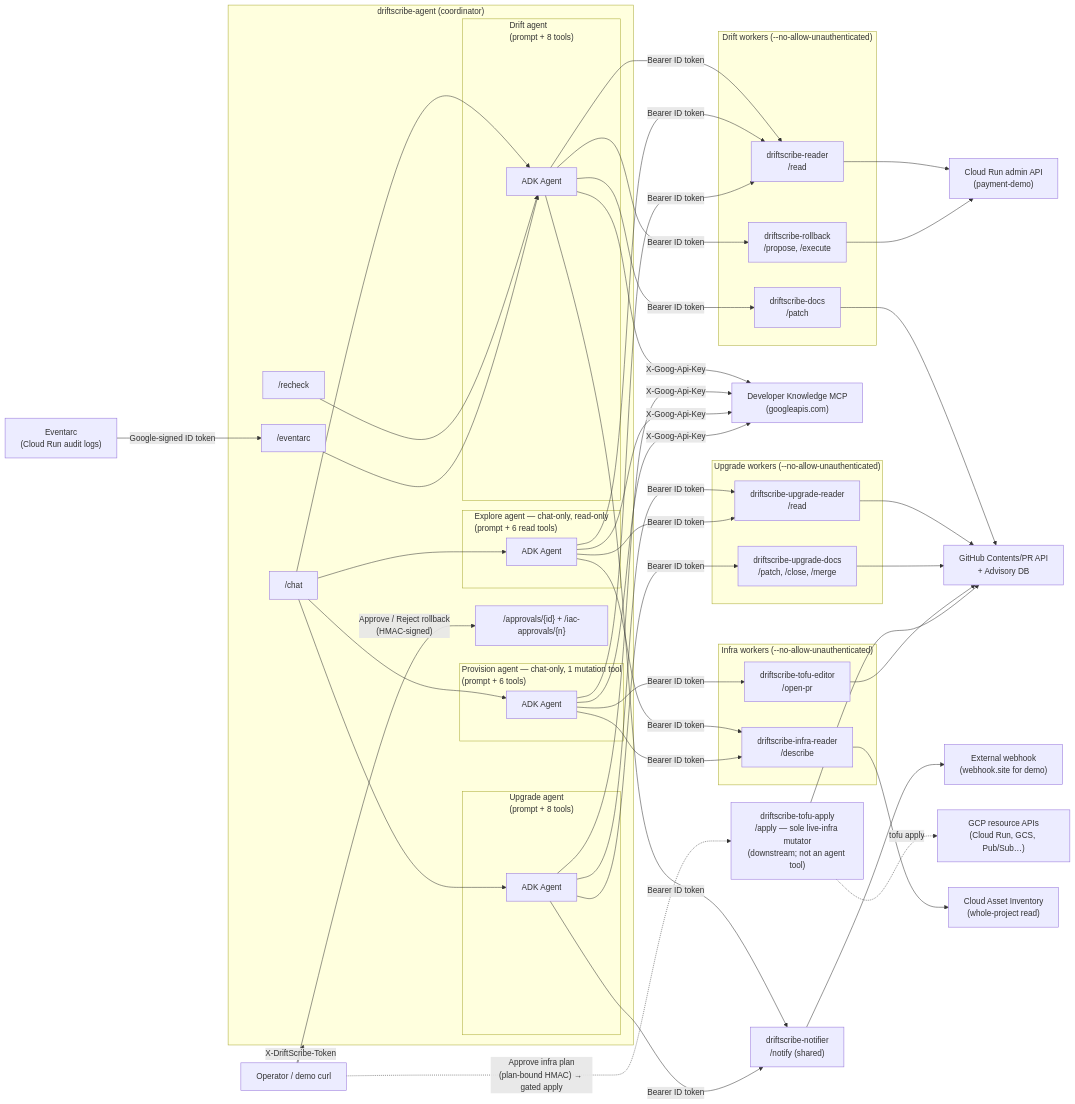
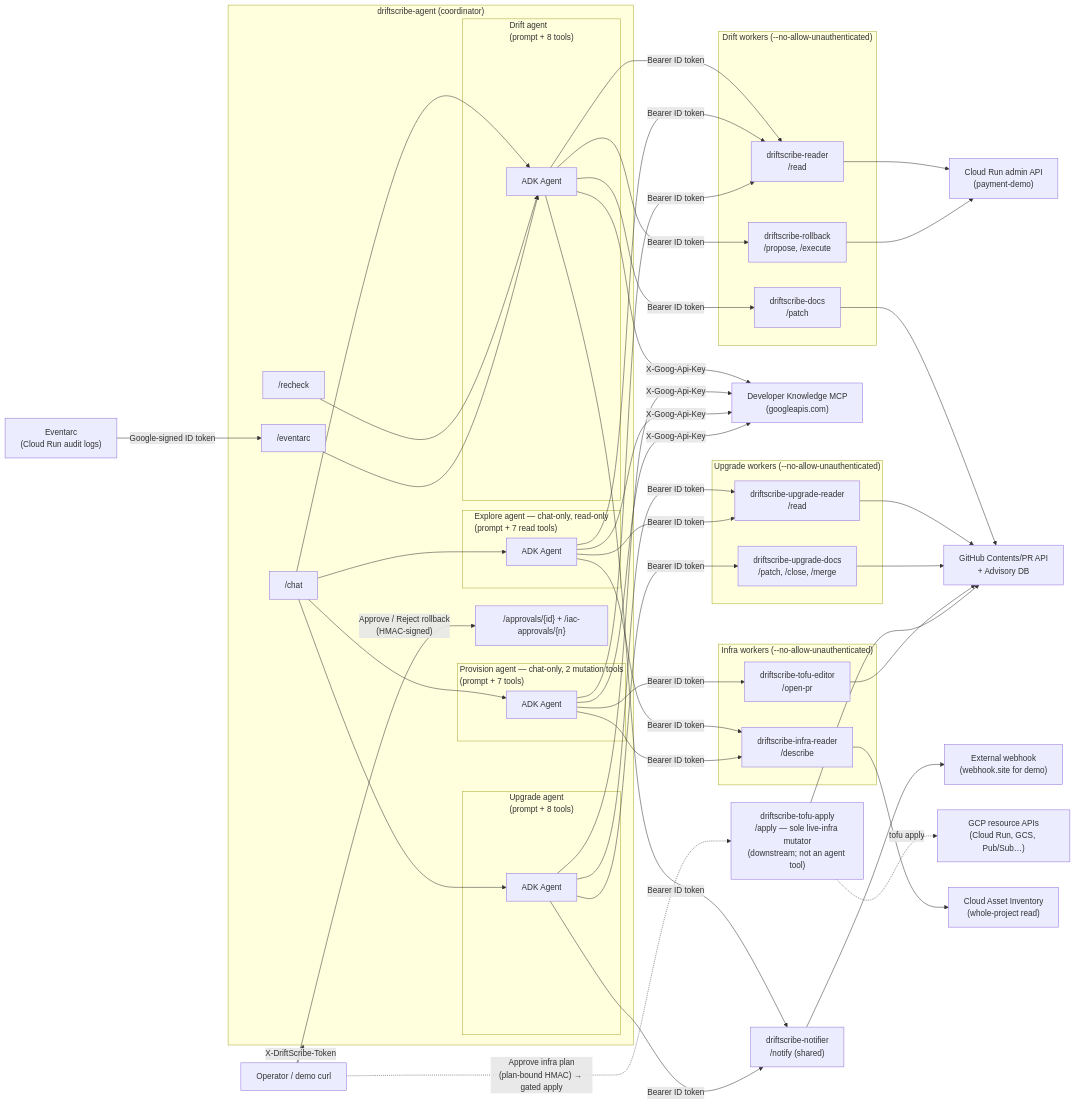
The diagram in docs/architecture/multi-agent-design.md (adi-prasetyo/driftscribe), drawn with Mermaid before and after one commit. The commit also changed other lines of this file, not shown here.

First line of the commit message:
docs(architecture): fix stale tool counts — 16 wired/18 entries, explore 7, provision 7 (+ missing propose_adoption table row)

```diff
--- a/docs/architecture/multi-agent-design.md
+++ b/docs/architecture/multi-agent-design.md
@@ -32,10 +32,10 @@
         subgraph Upgrade["Upgrade agent\n(prompt + 8 tools)"]
             ADKu["ADK Agent"]
         end
-        subgraph Explore["Explore agent — chat-only, read-only\n(prompt + 6 read tools)"]
+        subgraph Explore["Explore agent — chat-only, read-only\n(prompt + 7 read tools)"]
             ADKe["ADK Agent"]
         end
-        subgraph Provision["Provision agent — chat-only, 1 mutation tool\n(prompt + 6 tools)"]
+        subgraph Provision["Provision agent — chat-only, 2 mutation tools\n(prompt + 7 tools)"]
             ADKp["ADK Agent"]
         end
         Chat --> ADKd
```
